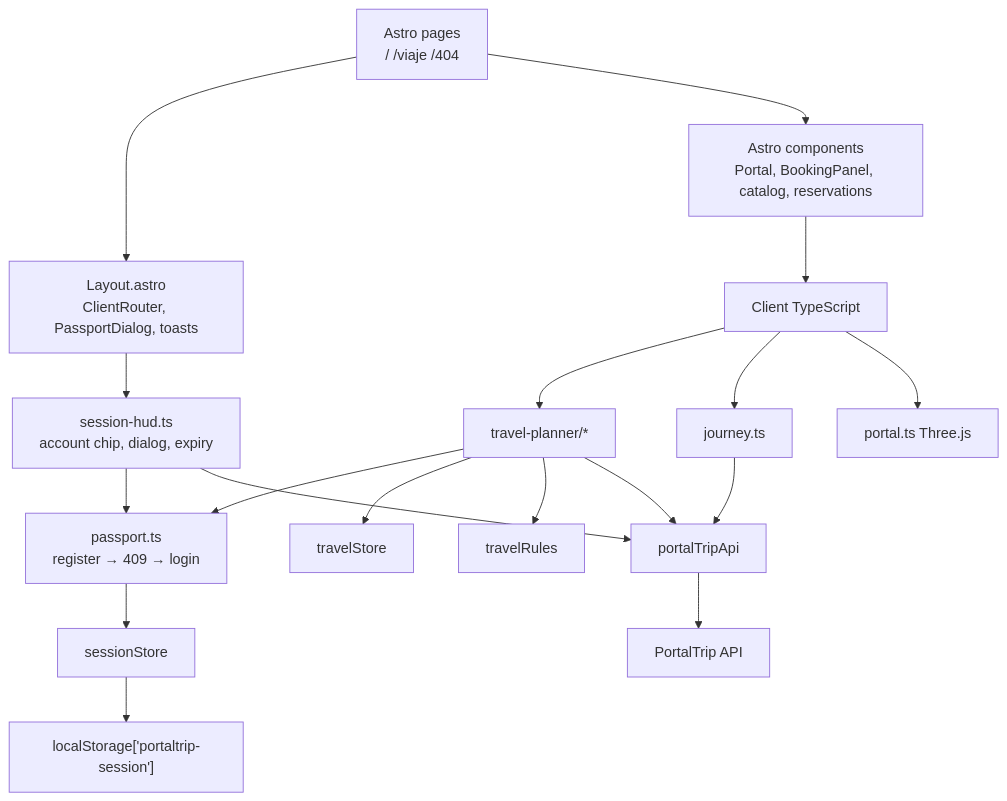
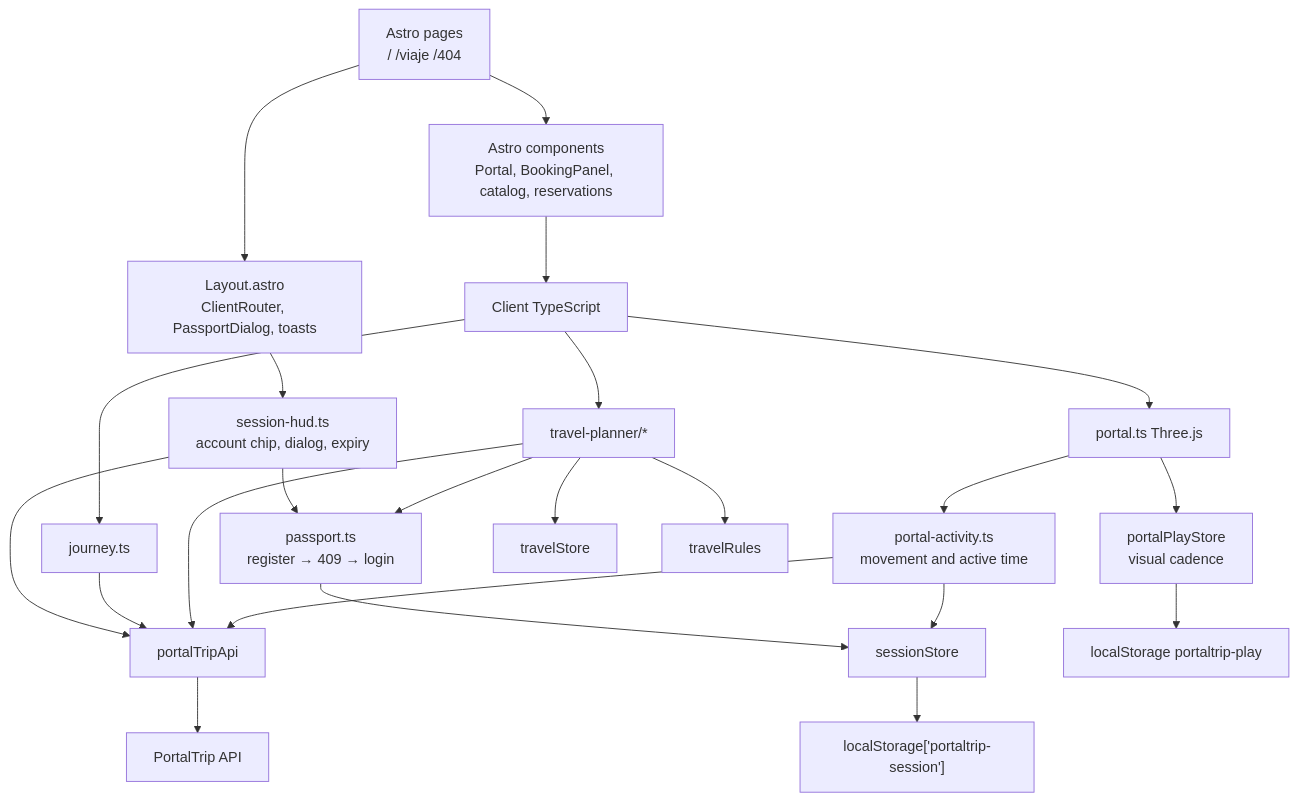
The diagram in README.md (Prgm-code/portaltrip-frontend), drawn with Mermaid before and after one commit. The commit also changed other lines of this file and 16 other files, not shown here.

First line of the commit message:
Add authenticated portal activity rewards

````diff
--- a/README.md
+++ b/README.md
@@ -165,20 +166,25 @@
 ```mermaid
 flowchart TD
   pages["Astro pages<br>/ /viaje /404"] --> layout["Layout.astro<br>ClientRouter, PassportDialog, toasts"]
   pages --> components["Astro components<br>Portal, BookingPanel, catalog, reservations"]
   layout --> hud["session-hud.ts<br>account chip, dialog, expiry"]
   components --> scripts["Client TypeScript"]
   scripts --> planner["travel-planner/*"]
   scripts --> journey["journey.ts"]
   scripts --> portal["portal.ts Three.js"]
+  portal --> activity["portal-activity.ts<br>movement and active time"]
+  portal --> play["portalPlayStore<br>visual cadence"]
+  activity --> api
+  activity --> session
+  play --> playStorage["localStorage portaltrip-play"]
   planner --> passport["passport.ts<br>register → 409 → login"]
   hud --> passport
   planner --> store["travelStore"]
   passport --> session["sessionStore"]
   planner --> rules["travelRules"]
   planner --> api["portalTripApi"]
   journey --> api
   hud --> api
   session --> storage["localStorage['portaltrip-session']"]
   api --> pt["PortalTrip API"]
 ```
````
